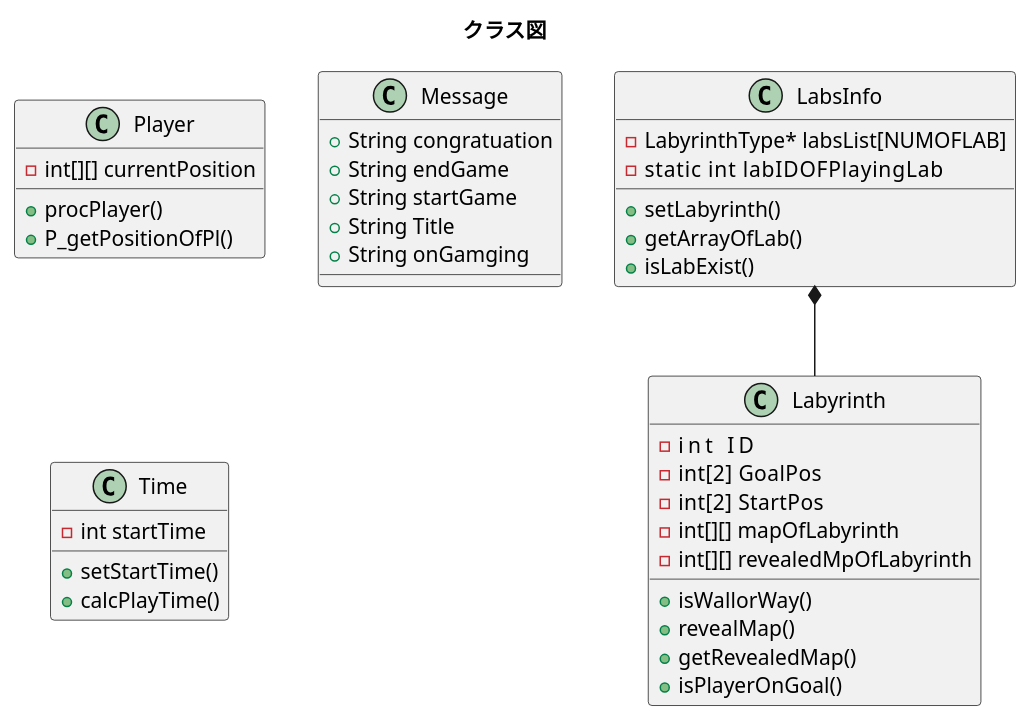
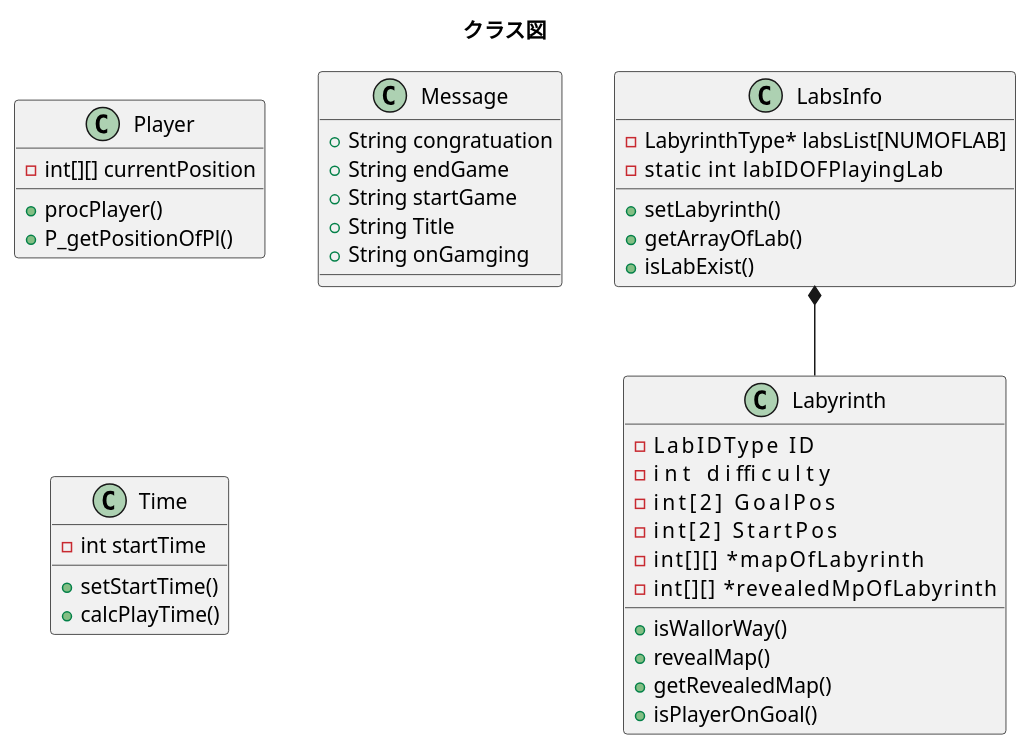
Before and after one commit to horiyoshihiro/LabyrinthGame: the diagram in Doc/class.pu, drawn with PlantUML. The commit also changed 35 other files, not shown here.

```diff
--- a/Doc/class.pu
+++ b/Doc/class.pu
@@ -1,45 +1,46 @@
 @startuml
 title クラス図
 
 class Player {
     -int[][] currentPosition
     +procPlayer()
     +P_getPositionOfPl()
 }
 class Labyrinth {
-    -int     ID
-    -int[2]  GoalPos
-    -int[2]  StartPos
-    -int[][] mapOfLabyrinth
-    -int[][] revealedMpOfLabyrinth
+    -LabIDType      ID
+    -int            difficulty
+    -int[2]         GoalPos
+    -int[2]         StartPos
+    -int[][]        *mapOfLabyrinth
+    -int[][]        *revealedMpOfLabyrinth
     
     +isWallorWay()
     +revealMap()
     +getRevealedMap()
     +isPlayerOnGoal()
 }
 class LabsInfo {
     -LabyrinthType* labsList[NUMOFLAB]
     -static int     labIDOFPlayingLab
     +setLabyrinth()
     +getArrayOfLab()
     +isLabExist()
 }
 
 class Message {
     +String congratuation
     +String endGame
     +String startGame
     +String Title
     +String onGamging
 }
 class Time {
     -int startTime
     +setStartTime()
     +calcPlayTime()
 }
 
 LabsInfo *-- Labyrinth  
 
 
 @enduml
```
